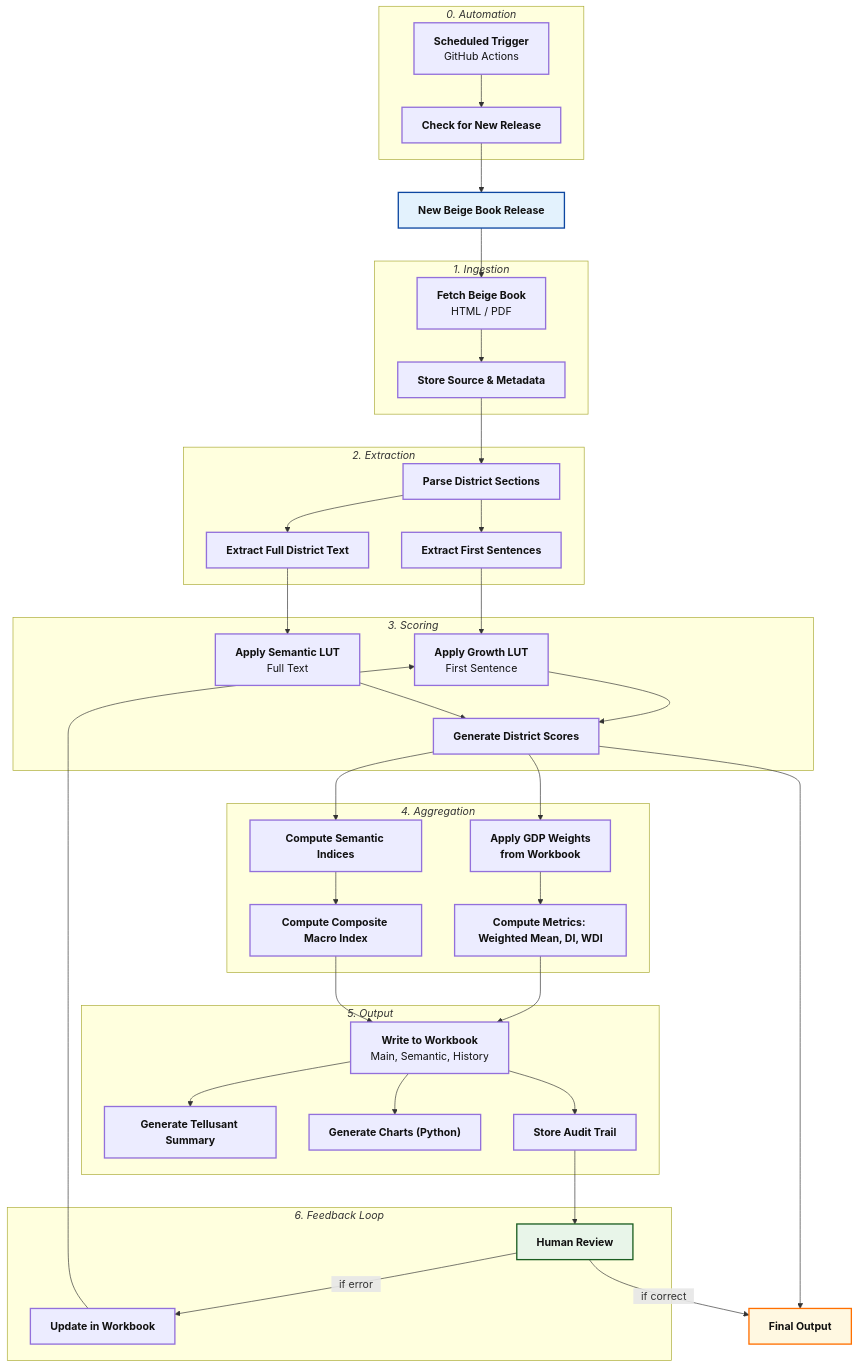
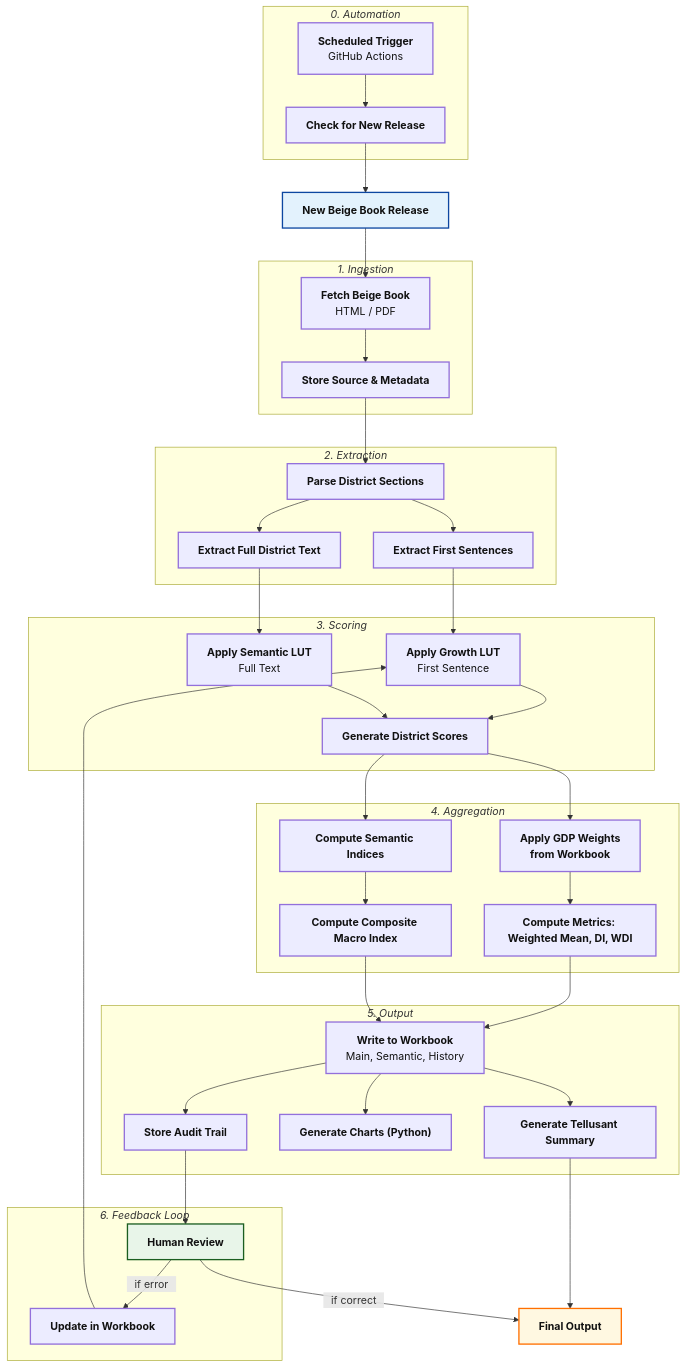
The diagram in articles-posts/fedora.md (scanback/docs), drawn with Mermaid before and after one commit.

```diff
--- a/articles-posts/fedora.md
+++ b/articles-posts/fedora.md
@@ -9,77 +9,79 @@
 <div class="mermaid">
 
 %%{init: {'themeVariables': { 'fontFamily': 'Arial'}}}%%
 
 flowchart TD
 
     A["`**New Beige Book Release**`"]:::blue
 
     subgraph S1["`*1. Ingestion*`"]
         B["`**Fetch Beige Book**<br/>HTML / PDF`"]:::base
         C["`**Store Source & Metadata**`"]:::base
     end
 
     subgraph S2["`*2. Extraction*`"]
         D["`**Parse District Sections**`"]:::base
         E["`**Extract First Sentences**`"]:::base
         F["`**Extract Full District Text**`"]:::base
     end
 
     subgraph S3["`*3. Scoring*`"]
         G["`**Apply Growth LUT**<br/>First Sentence`"]:::base
         H["`**Apply Semantic LUT**<br/>Full Text`"]:::base
         I["`**Generate District Scores**`"]:::base
     end
 
     subgraph S4["`*4. Aggregation*`"]
         J["`**Apply GDP Weights<br/>from Workbook**`"]:::base
         K["`**Compute Metrics: Weighted Mean, DI, WDI**`"]:::base
         L["`**Compute Semantic Indices**`"]:::base
         M["`**Compute Composite Macro Index**`"]:::base
     end
 
     subgraph S5["`*5. Output*`"]
         N["`**Write to Workbook**<br/>Main, Semantic, History`"]:::base
         O["`**Generate Tellusant Summary**`"]:::base
         P["`**Generate Charts (Python)**`"]:::base
         Q["`**Store Audit Trail**`"]:::base
     end
 
     subgraph S6["`*0. Automation*`"]
         R["`**Scheduled Trigger**<br/>GitHub Actions`"]:::base
         S["`**Check for New Release**`"]:::base
     end
 
     subgraph S7["`*6. Feedback Loop*`"]
         T["`**Human Review**`"]:::green
         U["`**Update in Workbook**`"]:::base
     end
 
         V["`**Final Output**`"]:::orange
         
     R --> S --> A
     A --> B --> C --> D --> E
     D --> F
     E --> G --> I
     F --> H --> I
     I --> J --> K
     I --> L --> M
     K --> N
     M --> N
     N --> O
     N --> P
     N --> Q
     Q --> T -->|⠀if error⠀| U --> G
     T -->|⠀if correct⠀| V
-    I --> V
+    
+    O --> V
+%% linkStyle 14 stroke:transparent,stroke-width:0;
 
 %% ========= STYLES =========
 classDef green   fill:#E8F5E9,stroke:#1B5E20,stroke-width:2px,color:#111;
 classDef blue    fill:#E3F2FD,stroke:#0D47A1,stroke-width:2px,color:#111;
 classDef orange  fill:#FFF8E1,stroke:#FF6F00,stroke-width:2px,color:#111;
 classDef red     fill:#FDECEA,stroke:#B71C1C,stroke-width:2px,color:#111;
 classDef grey    fill:#F5F5F5,stroke:#424242,stroke-width:2px,color:#111;
 classDef base    fill:#ECECFF,stroke:#9370DB,stroke-width:2px,color:#111;
 classDef clear   fill:transparent,stroke:transparent;
 
     </div>
```
